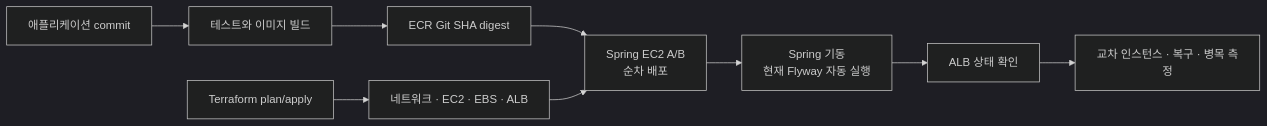
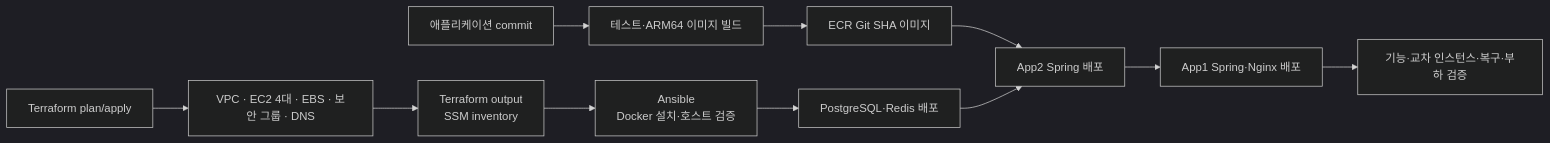
One commit to bamsongi-club/albam-mate changed the second of 2 diagrams in docs/guides/AWS_MULTI_INSTANCE_INFRASTRUCTURE.md. Above: the diagram before and after it, drawn with Mermaid (dark theme). The commit also changed other lines of this file and 12 other files, not shown here.

````diff
--- a/docs/guides/AWS_MULTI_INSTANCE_INFRASTRUCTURE.md
+++ b/docs/guides/AWS_MULTI_INSTANCE_INFRASTRUCTURE.md
@@ -222,11 +167,13 @@
 ```mermaid
 flowchart LR
-    CODE["애플리케이션 commit"] --> CI["테스트와 이미지 빌드"]
-    CI --> ECR["ECR Git SHA digest"]
-    TF["Terraform plan/apply"] --> INFRA["네트워크 · EC2 · EBS · ALB"]
-    ECR --> DEPLOY["Spring EC2 A/B<br/>순차 배포"]
-    INFRA --> DEPLOY
-    DEPLOY --> BOOT["Spring 기동<br/>현재 Flyway 자동 실행"]
-    BOOT --> HEALTH["ALB 상태 확인"]
-    HEALTH --> VERIFY["교차 인스턴스 · 복구 · 병목 측정"]
+    CODE["애플리케이션 commit"] --> CI["테스트·ARM64 이미지 빌드"]
+    CI --> ECR["ECR Git SHA 이미지"]
+    TF["Terraform plan/apply"] --> INFRA["VPC · EC2 4대 · EBS · 보안 그룹 · DNS"]
+    INFRA --> INV["Terraform output<br/>SSM inventory"]
+    INV --> ANSIBLE["Ansible<br/>Docker 설치·호스트 검증"]
+    ANSIBLE --> DATA["PostgreSQL·Redis 배포"]
+    ECR --> APP2["App2 Spring 배포"]
+    DATA --> APP2
+    APP2 --> APP1["App1 Spring·Nginx 배포"]
+    APP1 --> VERIFY["기능·교차 인스턴스·복구·부하 검증"]
 ```
````
